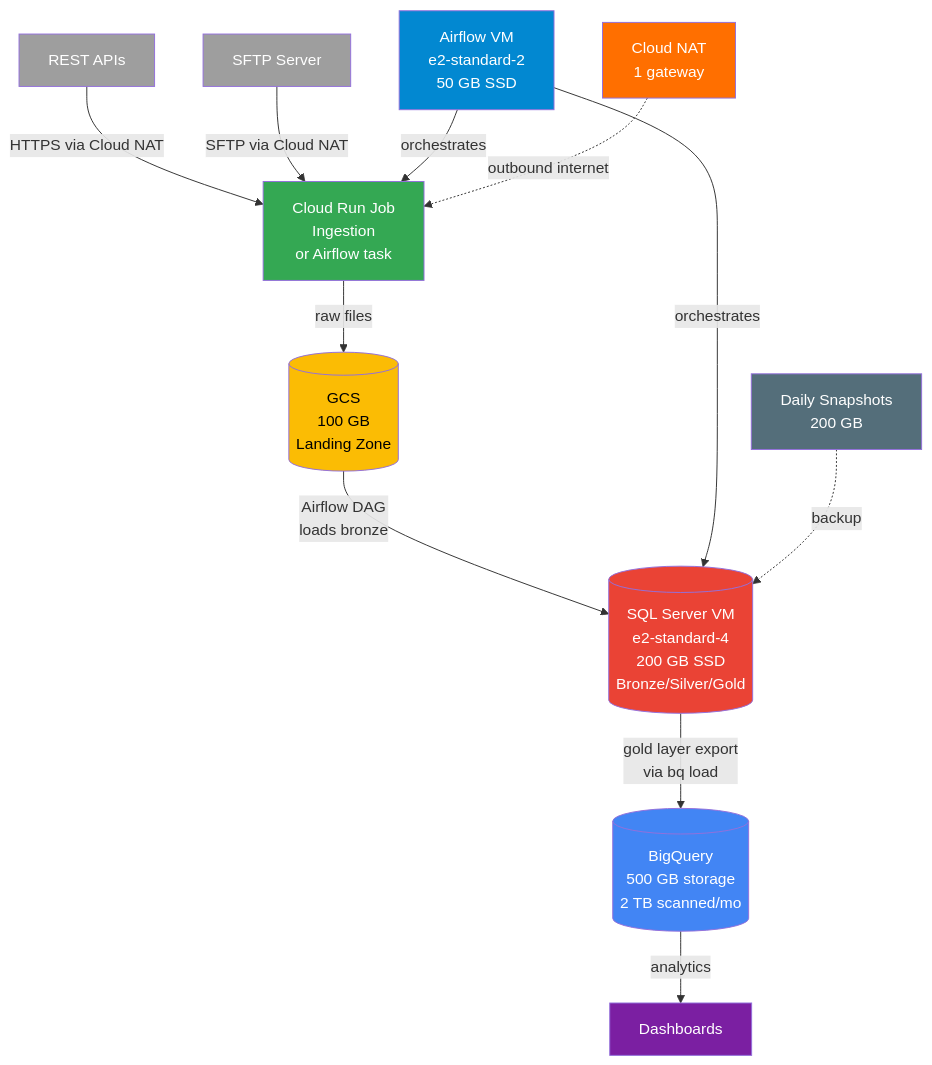
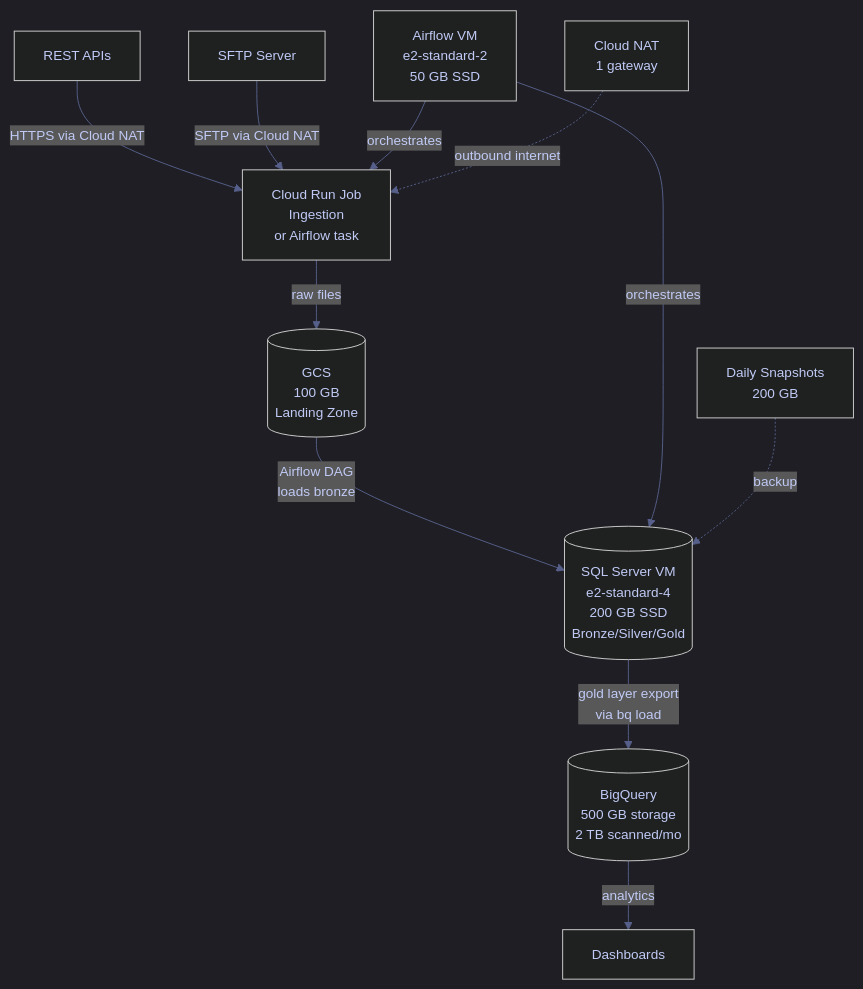
Before and after one commit to alp78/elysium: the second of 3 diagrams in content/06-GCP/Cost-Management/gcp-total-cost-of-ownership.md, drawn with Mermaid. The commit also changed other lines of this file and 92 other files, not shown here.

````diff
--- a/content/06-GCP/Cost-Management/gcp-total-cost-of-ownership.md
+++ b/content/06-GCP/Cost-Management/gcp-total-cost-of-ownership.md
@@ -312,24 +340,25 @@
 ```mermaid
-graph TD
+%%{init: {'theme': 'dark', 'themeVariables': {
+  'primaryColor': '#292e42',
+  'primaryTextColor': '#c0caf5',
+  'primaryBorderColor': '#565f89',
+  'lineColor': '#565f89',
+  'secondaryColor': '#1a1b26',
+  'tertiaryColor': '#24283b',
+  'noteTextColor': '#c0caf5',
+  'noteBkgColor': '#292e42',
+  'textColor': '#c0caf5',
+  'fontSize': '14px'
+}}}%%
+flowchart TD
     EXT1[REST APIs] -->|HTTPS via Cloud NAT| CRJ[Cloud Run Job\nIngestion\nor Airflow task]
     EXT2[SFTP Server] -->|SFTP via Cloud NAT| CRJ
     CRJ -->|raw files| GCS[(GCS\n100 GB\nLanding Zone)]
     GCS -->|Airflow DAG\nloads bronze| SQLVM[(SQL Server VM\ne2-standard-4\n200 GB SSD\nBronze/Silver/Gold)]
     AIRFLOW[Airflow VM\ne2-standard-2\n50 GB SSD] -->|orchestrates| CRJ
     AIRFLOW -->|orchestrates| SQLVM
     SQLVM -->|gold layer export\nvia bq load| BQ[(BigQuery\n500 GB storage\n2 TB scanned/mo)]
     BQ -->|analytics| DASH[Dashboards]
     NAT[Cloud NAT\n1 gateway] -.->|outbound internet| CRJ
     SNAP[Daily Snapshots\n200 GB] -.->|backup| SQLVM
-
-    style EXT1 fill:#9e9e9e,color:#fff
-    style EXT2 fill:#9e9e9e,color:#fff
-    style CRJ fill:#34a853,color:#fff
-    style GCS fill:#fbbc04,color:#000
-    style SQLVM fill:#ea4335,color:#fff
-    style AIRFLOW fill:#0288d1,color:#fff
-    style BQ fill:#4285f4,color:#fff
-    style DASH fill:#7b1fa2,color:#fff
-    style NAT fill:#ff6f00,color:#fff
-    style SNAP fill:#546e7a,color:#fff
 ```
````
